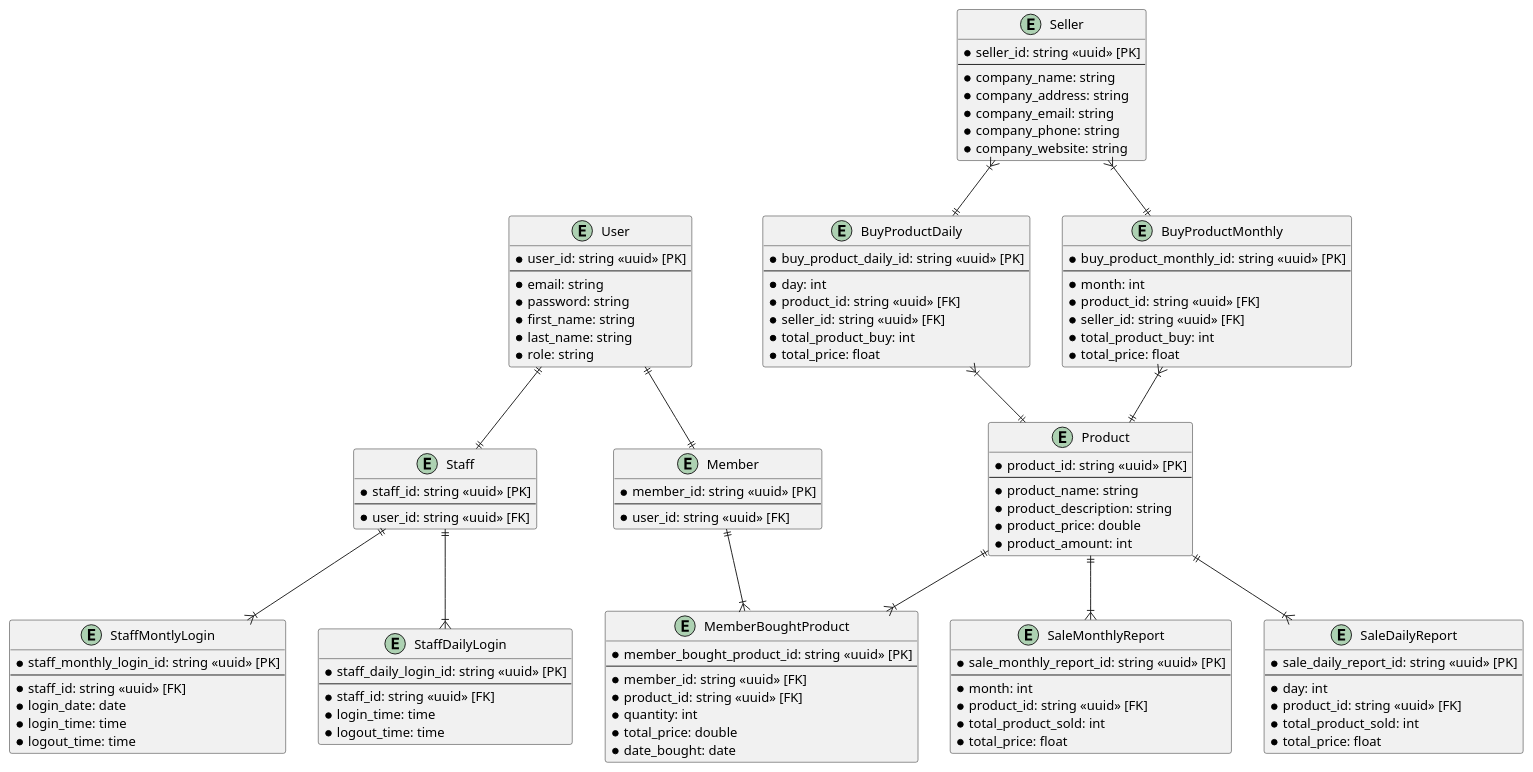
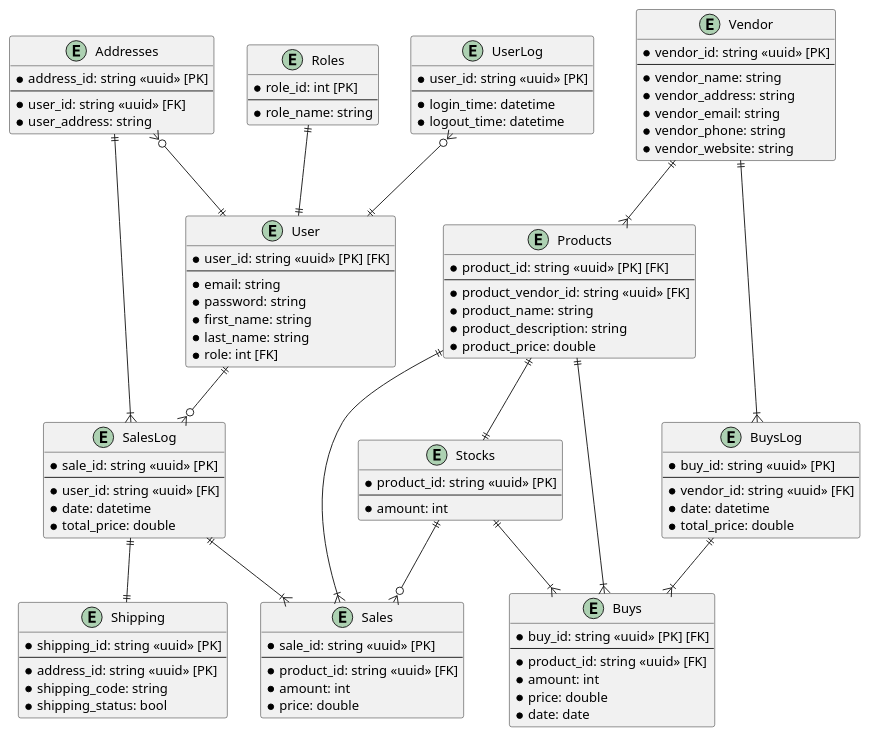
Before and after one commit to Nxwbtk/KU-SRC-ASP-Project: the diagram in diagram/db.plantuml, drawn with PlantUML.

Commit message:
re-design db-diagram

```diff
--- a/diagram/db.plantuml
+++ b/diagram/db.plantuml
@@ -1,124 +1,124 @@
 @startuml salesphere
 
+entity "Addresses" as addresses {
+	*address_id: string <<uuid>> [PK]
+	--
+	*user_id: string <<uuid>> [FK]
+	*user_address: string
+}
+
+entity "Roles" as roles {
+	*role_id: int [PK]
+	--
+	*role_name: string
+}
+
 entity "User" as usr {
-	*user_id: string <<uuid>> [PK]
+	*user_id: string <<uuid>> [PK] [FK]
 	--
 	*email: string
 	*password: string
 	*first_name: string
 	*last_name: string
-	*role: string
+	*role: int [FK]
 }
 
-entity "Staff" as staff {
-	*staff_id: string <<uuid>> [PK]
+entity "UserLog" as user_log {
+	*user_id: string <<uuid>> [PK]
+	--
+	*login_time: datetime
+	*logout_time: datetime
+}
+
+entity "Sales" as sales {
+	*sale_id: string <<uuid>> [PK]
+	--
+	*product_id: string <<uuid>> [FK]
+	*amount: int
+	*price: double
+}
+
+entity "SalesLog" as sales_log {
+	*sale_id: string <<uuid>> [PK]
 	--
 	*user_id: string <<uuid>> [FK]
+	*date: datetime
+	*total_price: double
 }
 
-entity "Member" as member {
-	*member_id: string <<uuid>> [PK]
+entity "Shipping" as shipping {
+	*shipping_id: string <<uuid>> [PK]
 	--
-	*user_id: string <<uuid>> [FK]
+	*address_id: string <<uuid>> [PK]
+	*shipping_code: string
+	*shipping_status: bool
 }
 
-entity "Seller" as seller {
-	*seller_id: string <<uuid>> [PK]
+entity "Vendor" as vendor {
+	*vendor_id: string <<uuid>> [PK]
 	--
-	*company_name: string
-	*company_address: string
-	*company_email: string
-	*company_phone: string
-	*company_website: string
+	*vendor_name: string
+	*vendor_address: string
+	*vendor_email: string
+	*vendor_phone: string
+	*vendor_website: string
 }
 
-entity "StaffMontlyLogin" as staff_monthly_login {
-	*staff_monthly_login_id: string <<uuid>> [PK]
+entity "Stocks" as stocks {
+	*product_id: string <<uuid>> [PK]
 	--
-	*staff_id: string <<uuid>> [FK]
-	*login_date: date
-	*login_time: time
-	*logout_time: time
+	*amount: int
 }
 
-entity "StaffDailyLogin" as staff_daily_login {
-	*staff_daily_login_id: string <<uuid>> [PK]
+entity "Products" as products {
+	*product_id: string <<uuid>> [PK] [FK]
 	--
-	*staff_id: string <<uuid>> [FK]
-	*login_time: time
-	*logout_time: time
-}
-
-entity "MemberBoughtProduct" as member_bought_product {
-	*member_bought_product_id: string <<uuid>> [PK]
-	--
-	*member_id: string <<uuid>> [FK]
-	*product_id: string <<uuid>> [FK]
-	*quantity: int
-	*total_price: double
-	*date_bought: date
-}
-
-entity "Product" as product {
-	*product_id: string <<uuid>> [PK]
-	--
+	*product_vendor_id: string <<uuid>> [FK]
 	*product_name: string
 	*product_description: string
 	*product_price: double
-	*product_amount: int
 }
 
-entity "SaleMonthlyReport" as sale_monthly_report {
-	*sale_monthly_report_id: string <<uuid>> [PK]
+
+entity "Buys" as buys {
+	*buy_id: string <<uuid>> [PK] [FK]
 	--
-	*month: int
 	*product_id: string <<uuid>> [FK]
-	*total_product_sold: int
-	*total_price: float
+	*amount: int
+	*price: double
+	*date: date
 }
 
-entity "SaleDailyReport" as sale_daily_report {
-	*sale_daily_report_id: string <<uuid>> [PK]
+entity "BuysLog" as buys_log {
+	*buy_id: string <<uuid>> [PK]
 	--
-	*day: int
-	*product_id: string <<uuid>> [FK]
-	*total_product_sold: int
-	*total_price: float
+	*vendor_id: string <<uuid>> [FK]
+	*date: datetime
+	*total_price: double
 }
 
-entity "BuyProductDaily" as buy_product_daily {
-	*buy_product_daily_id: string <<uuid>> [PK]
-	--
-	*day: int
-	*product_id: string <<uuid>> [FK]
-	*seller_id: string <<uuid>> [FK]
-	*total_product_buy: int
-	*total_price: float
-}
+roles ||--|| usr
+user_log }o--|| usr
+addresses }o--|| usr
 
-entity "BuyProductMonthly" as buy_product_monthly {
-	*buy_product_monthly_id: string <<uuid>> [PK]
-	--
-	*month: int
-	*product_id: string <<uuid>> [FK]
-	*seller_id: string <<uuid>> [FK]
-	*total_product_buy: int
-	*total_price: float
-}
+addresses ||--|{ sales_log
 
-usr ||--|| staff
-usr ||--|| member
+usr ||--o{ sales_log
 
-staff ||--|{ staff_monthly_login
-staff ||--|{ staff_daily_login
+sales_log ||--|{ sales
+sales_log ||--|| shipping
 
-product ||--|{ member_bought_product
-member ||--|{ member_bought_product
+vendor ||--|{ products
+vendor ||--|{ buys_log
 
-product ||--|{ sale_monthly_report
-product ||--|{ sale_daily_report
-buy_product_daily }|--|| product
-buy_product_monthly }|--|| product
-seller }|--|| buy_product_daily
-seller }|--|| buy_product_monthly
+buys_log ||--|{ buys
+
+
+products ||--|{ sales
+products ||--|{ buys
+products ||--|| stocks
+
+stocks ||--o{ sales
+stocks ||--|{ buys
+
 @enduml
```
